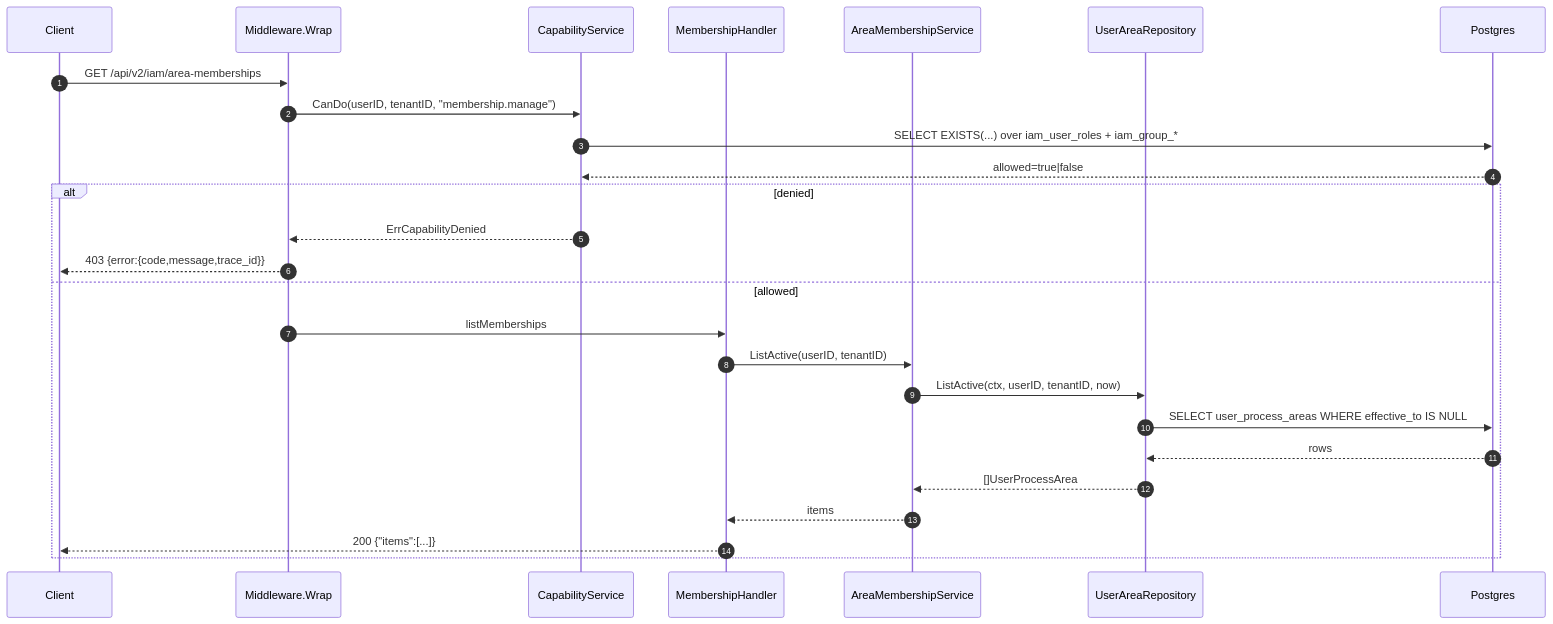
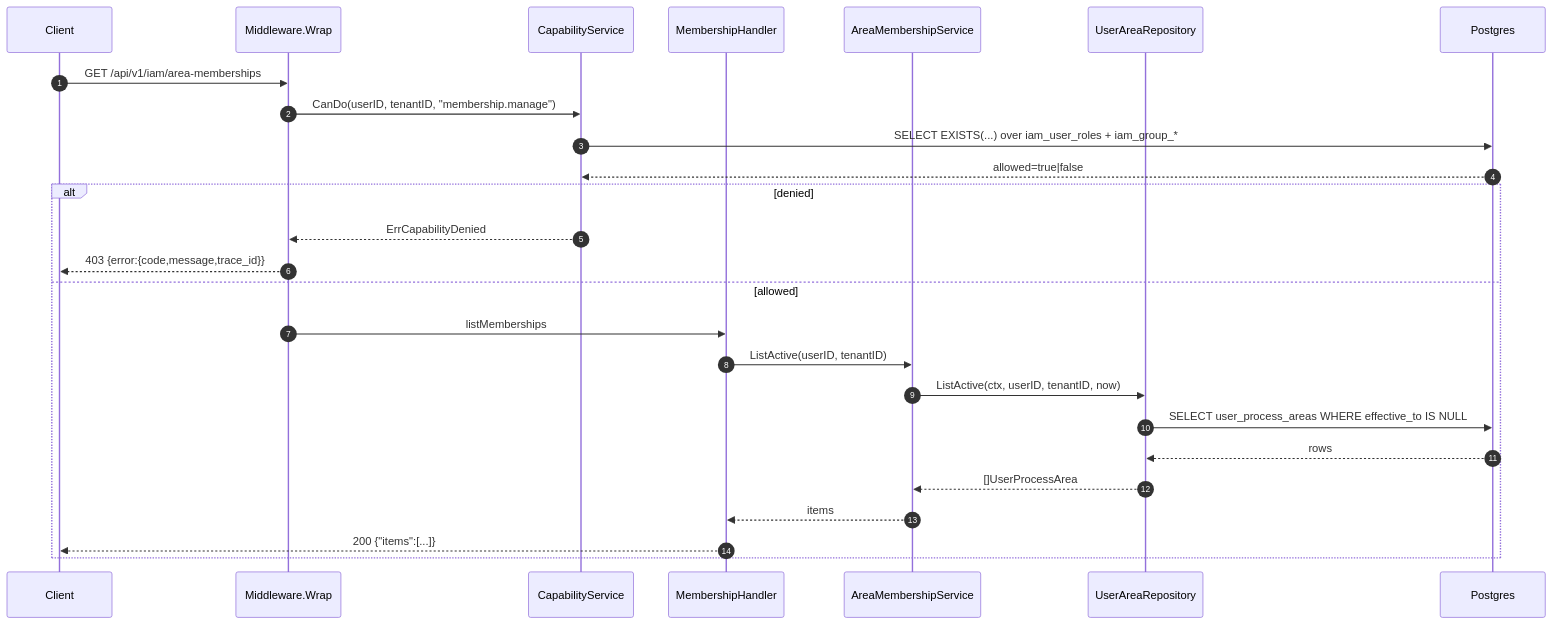
One commit to developmentconexus-ops/MetalDocs changed the third of 5 diagrams in wiki/modules/iam.md. Above: the diagram before and after it, drawn with Mermaid. The commit also changed other lines of this file and 137 other files, not shown here.

````diff
--- a/wiki/modules/iam.md
+++ b/wiki/modules/iam.md
@@ -213,28 +213,28 @@
 ```mermaid
 sequenceDiagram
     autonumber
     participant C as Client
     participant MW as Middleware.Wrap
     participant CS as CapabilityService
     participant H as MembershipHandler
     participant S as AreaMembershipService
     participant R as UserAreaRepository
     participant DB as Postgres
-    C->>MW: GET /api/v2/iam/area-memberships
+    C->>MW: GET /api/v1/iam/area-memberships
     MW->>CS: CanDo(userID, tenantID, "membership.manage")
     CS->>DB: SELECT EXISTS(...) over iam_user_roles + iam_group_*
     DB-->>CS: allowed=true|false
     alt denied
         CS-->>MW: ErrCapabilityDenied
         MW-->>C: 403 {error:{code,message,trace_id}}
     else allowed
         MW->>H: listMemberships
         H->>S: ListActive(userID, tenantID)
         S->>R: ListActive(ctx, userID, tenantID, now)
         R->>DB: SELECT user_process_areas WHERE effective_to IS NULL
         DB-->>R: rows
         R-->>S: []UserProcessArea
         S-->>H: items
         H-->>C: 200 {"items":[...]}
     end
 ```
````
